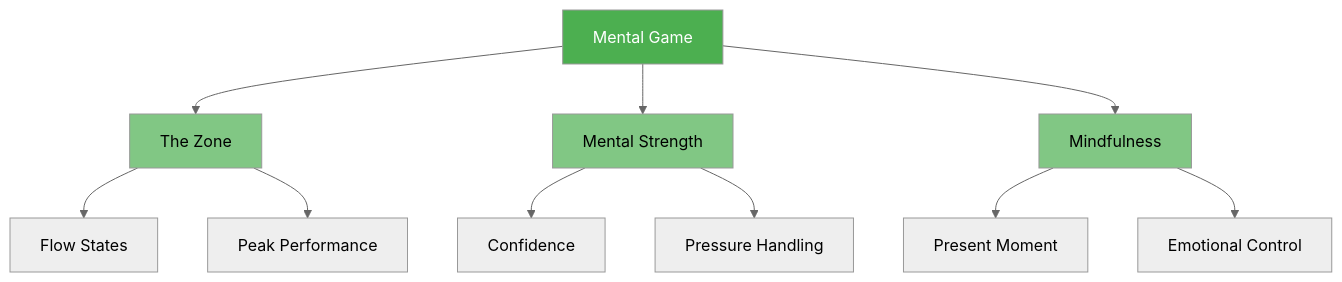
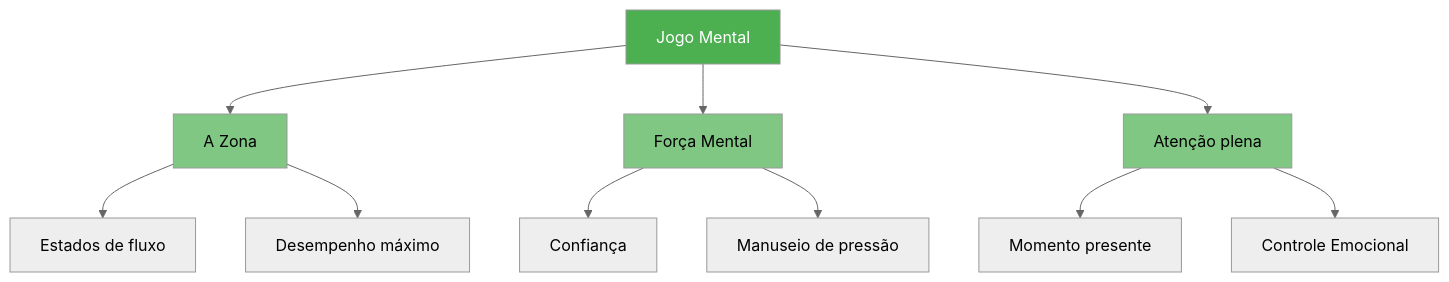
Before and after one commit to patwii/petanque-academy: the diagram in docs/pt/education/mental-game/index.md, drawn with Mermaid (neutral theme). The commit also changed other lines of this file and 550 other files, not shown here.

````diff
--- a/docs/pt/education/mental-game/index.md
+++ b/docs/pt/education/mental-game/index.md
@@ -14,20 +14,20 @@
 ```mermaid
 graph TD
-    A[Mental Game] --> B[The Zone]
-    A --> C[Mental Strength]
-    A --> D[Mindfulness]
+    A[Jogo Mental] --> B[A Zona]
+    A --> C[Força Mental]
+    A --> D[Atenção plena]
     
-    B --> E[Flow States]
-    B --> F[Peak Performance]
+    B --> E[Estados de fluxo]
+    B --> F[Desempenho máximo]
     
-    C --> G[Confidence]
-    C --> H[Pressure Handling]
+    C --> G[Confiança]
+    C --> H[Manuseio de pressão]
     
-    D --> I[Present Moment]
-    D --> J[Emotional Control]
+    D --> I[Momento presente]
+    D --> J[Controle Emocional]
     
     style A fill:#4CAF50,color:#fff
     style B fill:#81C784
     style C fill:#81C784
     style D fill:#81C784
 ```
````
